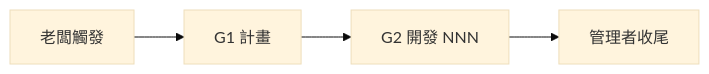
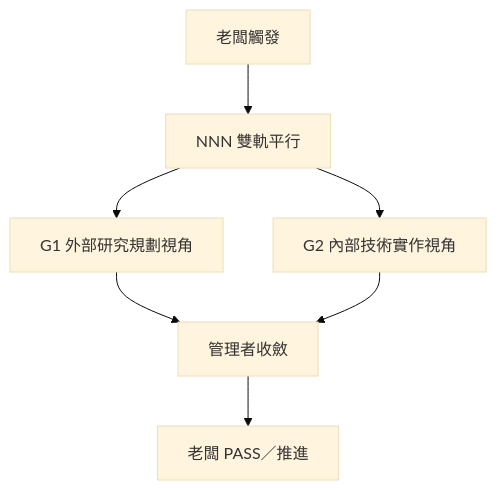
Before and after one commit to teps3105/shiftblame: the first of 3 diagrams in skills/shiftblame/TEMPLATES/GRAPH.md, drawn with Mermaid (base theme). The commit also changed 5 other files, not shown here.

Commit message:
fix: slug末總驗rework——原則6錯引修正(H1)/TOOLS DESIGN·E2E補降級替代一致性(H2)/README·GRAPH雙軌舊術語對齊側重非硬切(M3)

````diff
--- a/skills/shiftblame/TEMPLATES/GRAPH.md
+++ b/skills/shiftblame/TEMPLATES/GRAPH.md
@@ -14,6 +14,9 @@
 ```mermaid
-graph LR
-    A[老闆觸發] --> C[G1 計畫]
-    C --> E[G2 開發 NNN]
-    E --> G[管理者收尾]
+graph TD
+    A[老闆觸發] --> B[NNN 雙軌平行]
+    B --> C[G1 外部研究規劃視角]
+    B --> D[G2 內部技術實作視角]
+    C --> E[管理者收斂]
+    D --> E
+    E --> F[老闆 PASS／推進]
 ```
````
